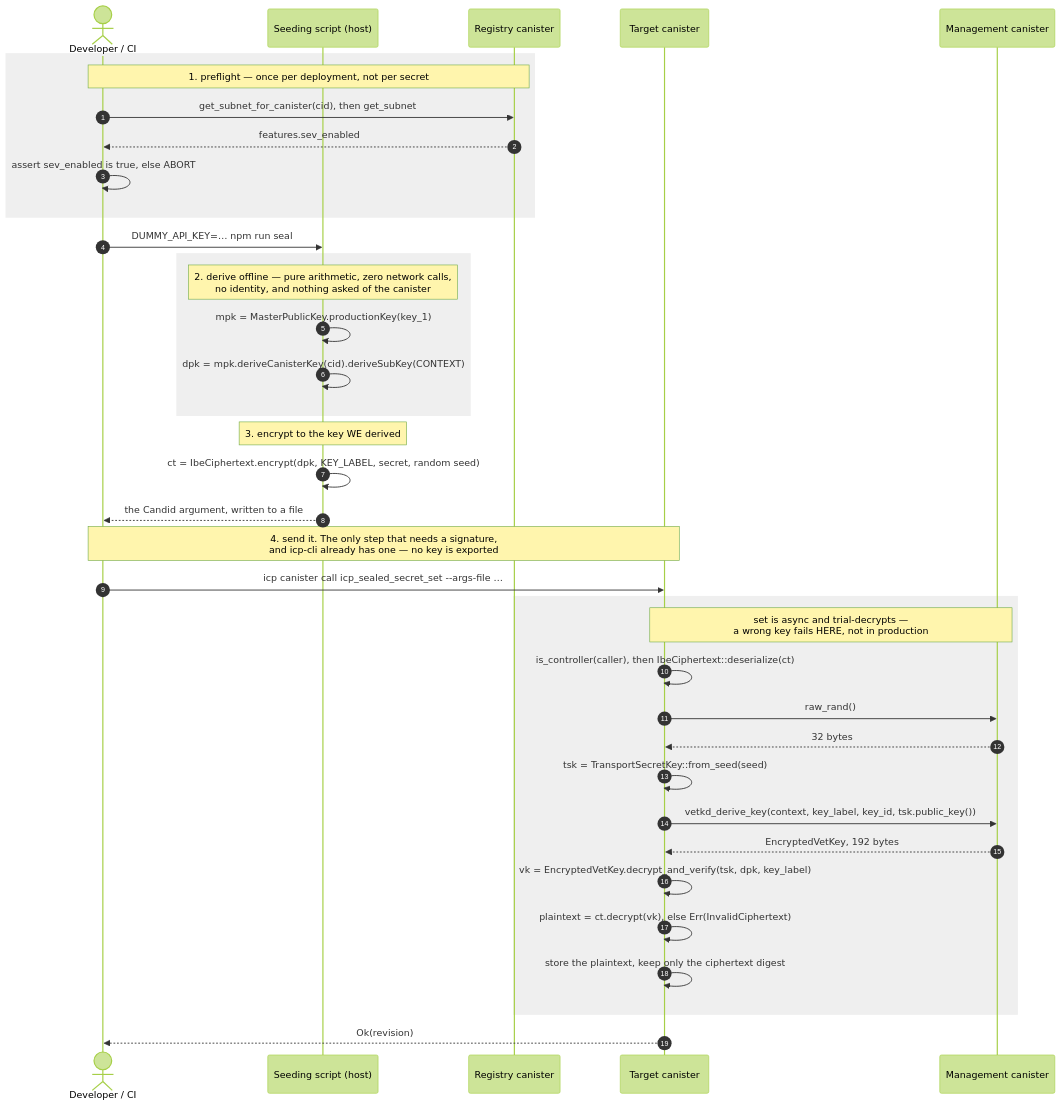
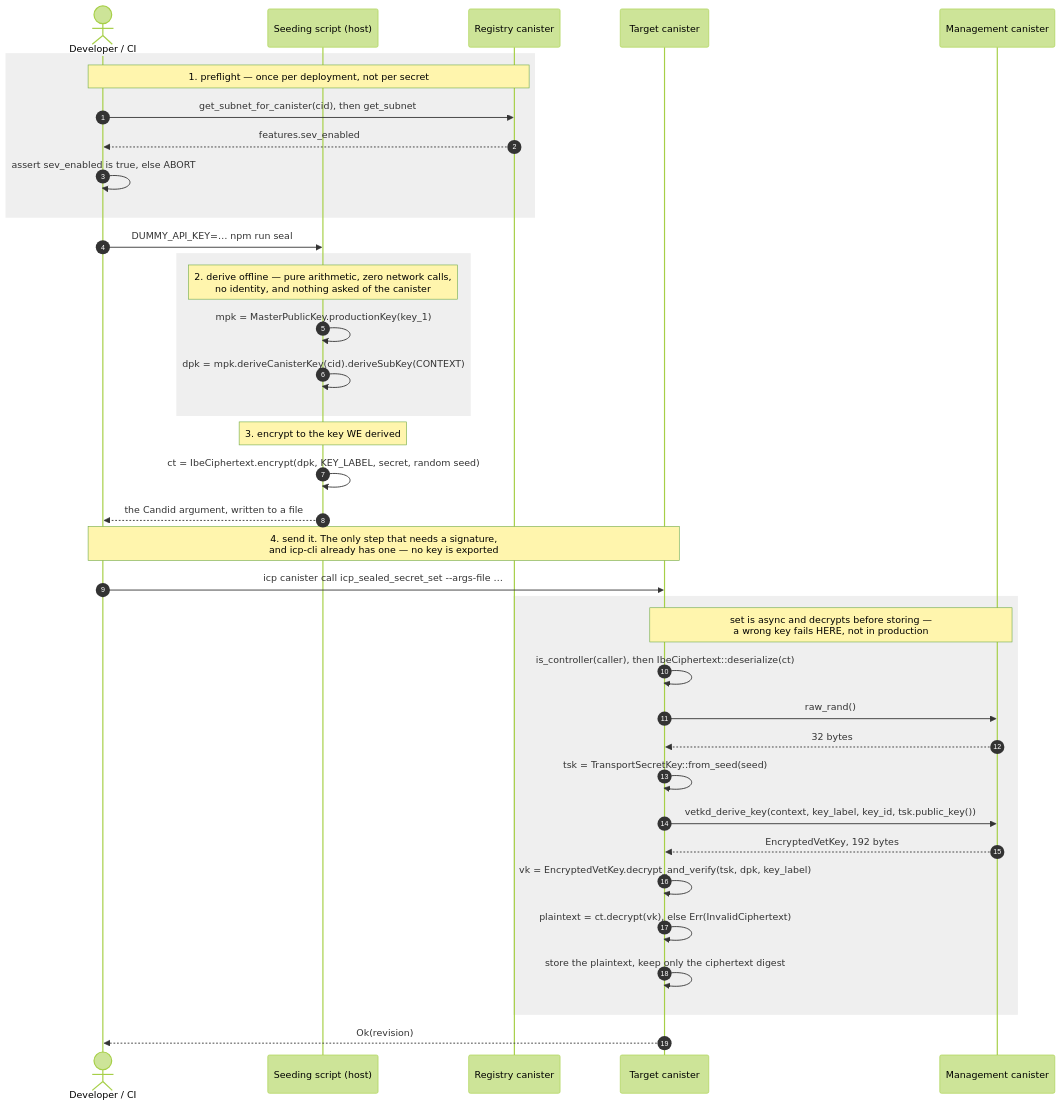
One commit to marc0olo/icp-seeding-secrets-poc changed the first of 2 diagrams in README.md. Above: the diagram before and after it, drawn with Mermaid (forest theme). The commit also changed other lines of this file and 5 other files, not shown here.

````diff
--- a/README.md
+++ b/README.md
@@ -206,46 +207,46 @@
 ```mermaid
 sequenceDiagram
     autonumber
     actor Dev as Developer / CI
     participant Script as Seeding script (host)
     participant Reg as Registry canister
     participant Can as Target canister
     participant Mgmt as Management canister
 
     rect rgba(120,120,120,.12)
     Note over Dev,Reg: 1. preflight — once per deployment, not per secret
     Dev->>Reg: get_subnet_for_canister(cid), then get_subnet
     Reg-->>Dev: features.sev_enabled
     Dev->>Dev: assert sev_enabled is true, else ABORT
     end
 
     Dev->>Script: DUMMY_API_KEY=… npm run seal
 
     rect rgba(120,120,120,.12)
     Note over Script: 2. derive offline — pure arithmetic, zero network calls,<br/>no identity, and nothing asked of the canister
     Script->>Script: mpk = MasterPublicKey.productionKey(key_1)
     Script->>Script: dpk = mpk.deriveCanisterKey(cid).deriveSubKey(CONTEXT)
     end
 
     Note over Script: 3. encrypt to the key WE derived
     Script->>Script: ct = IbeCiphertext.encrypt(dpk, KEY_LABEL, secret, random seed)
     Script-->>Dev: the Candid argument, written to a file
 
     Note over Dev,Can: 4. send it. The only step that needs a signature,<br/>and icp-cli already has one — no key is exported
     Dev->>Can: icp canister call icp_sealed_secret_set --args-file …
 
     rect rgba(120,120,120,.12)
-    Note over Can,Mgmt: set is async and trial-decrypts —<br/>a wrong key fails HERE, not in production
+    Note over Can,Mgmt: set is async and decrypts before storing —<br/>a wrong key fails HERE, not in production
     Can->>Can: is_controller(caller), then IbeCiphertext::deserialize(ct)
     Can->>Mgmt: raw_rand()
     Mgmt-->>Can: 32 bytes
     Can->>Can: tsk = TransportSecretKey::from_seed(seed)
     Can->>Mgmt: vetkd_derive_key(context, key_label, key_id, tsk.public_key())
     Mgmt-->>Can: EncryptedVetKey, 192 bytes
     Can->>Can: vk = EncryptedVetKey.decrypt_and_verify(tsk, dpk, key_label)
     Can->>Can: plaintext = ct.decrypt(vk), else Err(InvalidCiphertext)
     Can->>Can: store the plaintext, keep only the ciphertext digest
     end
 
     Can-->>Dev: Ok(revision)
 ```
````
